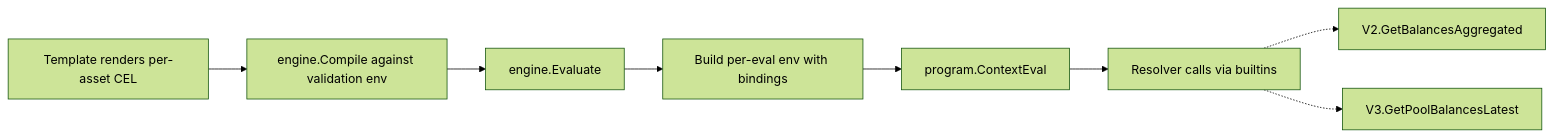
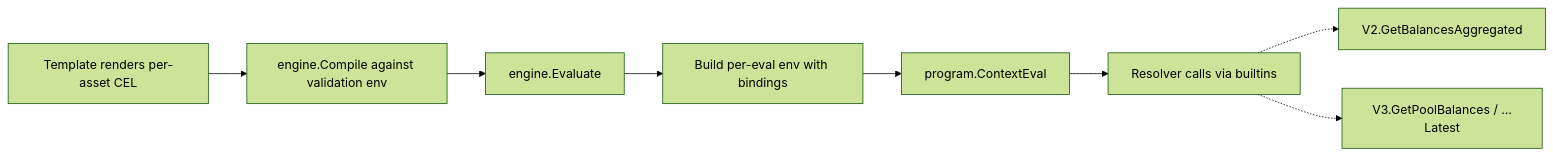
One commit to formancehq/reconciliation changed the second of 4 diagrams in docs/technical/architecture.md. Above: the diagram before and after it, drawn with Mermaid (forest theme). The commit also changed other lines of this file and 4 other files, not shown here.

````diff
--- a/docs/technical/architecture.md
+++ b/docs/technical/architecture.md
@@ -73,10 +73,10 @@
 ```mermaid
 flowchart LR
     Tmpl[Template renders per-asset CEL] --> Compile[engine.Compile against validation env]
     Compile --> Evaluate[engine.Evaluate]
     Evaluate --> Bindings[Build per-eval env with bindings]
     Bindings --> Run[program.ContextEval]
     Run --> Resolvers[Resolver calls via builtins]
     Resolvers -.-> SDKLedger[V2.GetBalancesAggregated]
-    Resolvers -.-> SDKPayments[V3.GetPoolBalancesLatest]
+    Resolvers -.-> SDKPayments[V3.GetPoolBalances / …Latest]
 ```
````
